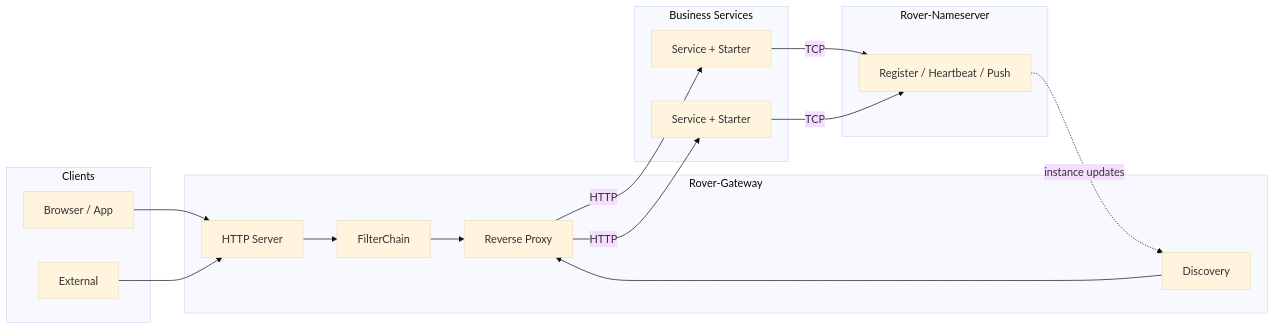
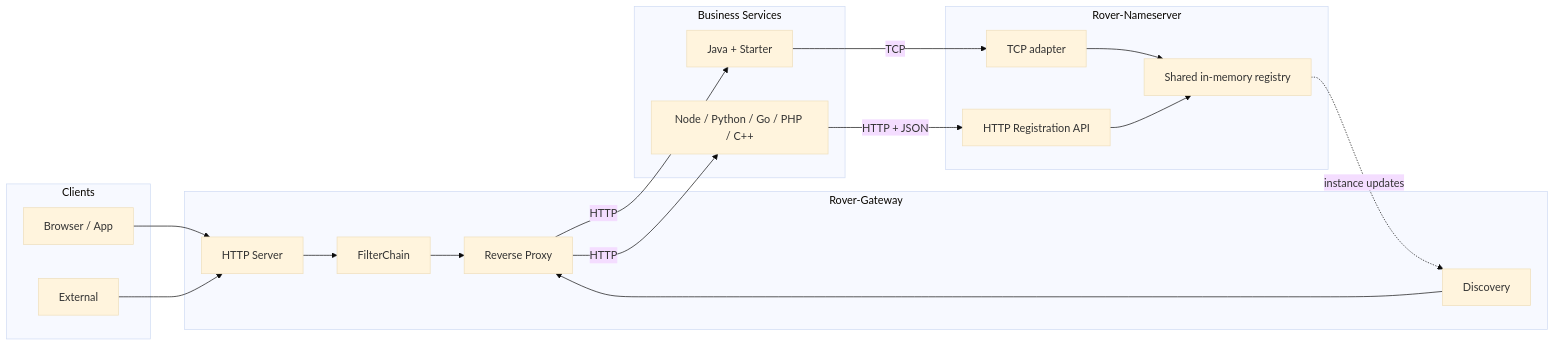
One commit to zzl-qz/Rover-Suite changed the diagram in README.md. Above: the diagram before and after it, drawn with Mermaid (base theme). The commit also changed other lines of this file and 74 other files, not shown here.

````diff
--- a/README.md
+++ b/README.md
@@ -61,33 +62,37 @@
 ```mermaid
 flowchart LR
     subgraph Callers["Clients"]
         C1[Browser / App]
         C2[External]
     end
 
     subgraph GW["Rover-Gateway"]
         H[HTTP Server]
         F[FilterChain]
         D[Discovery]
         P[Reverse Proxy]
         H --> F --> P
         D --> P
     end
 
     subgraph NS["Rover-Nameserver"]
-        R[Register / Heartbeat / Push]
+        T[TCP adapter]
+        A[HTTP Registration API]
+        R[Shared in-memory registry]
+        T --> R
+        A --> R
     end
 
     subgraph Biz["Business Services"]
-        S1[Service + Starter]
-        S2[Service + Starter]
+        S1[Java + Starter]
+        S2[Node / Python / Go / PHP / C++]
     end
 
     C1 --> H
     C2 --> H
     P -->|HTTP| S1
     P -->|HTTP| S2
-    S1 -->|TCP| R
-    S2 -->|TCP| R
+    S1 -->|TCP| T
+    S2 -->|HTTP + JSON| A
     R -.->|instance updates| D
 ```
````
